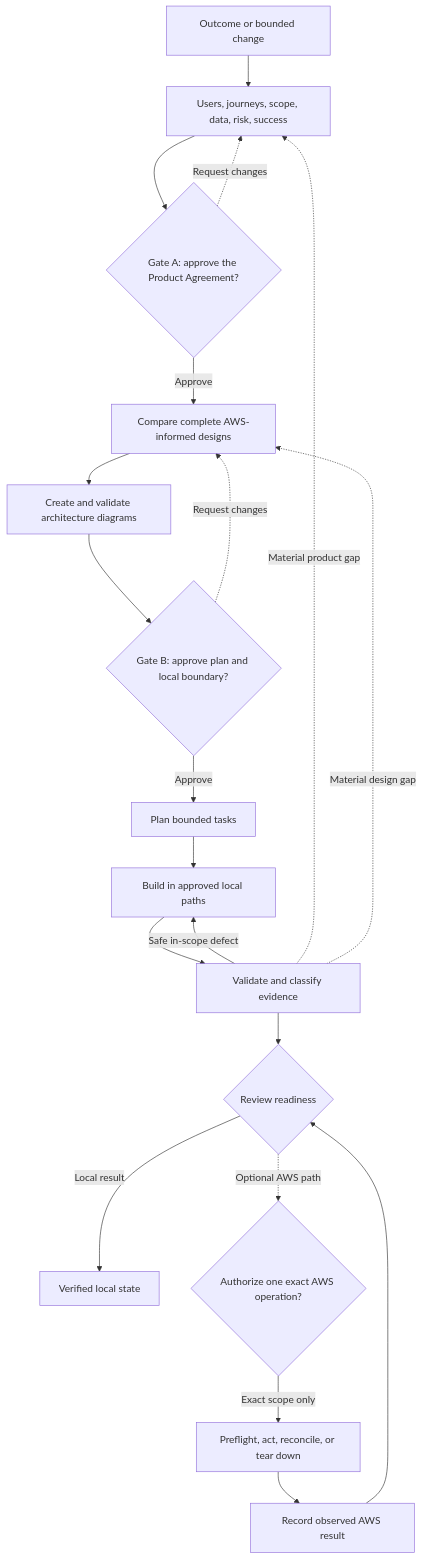
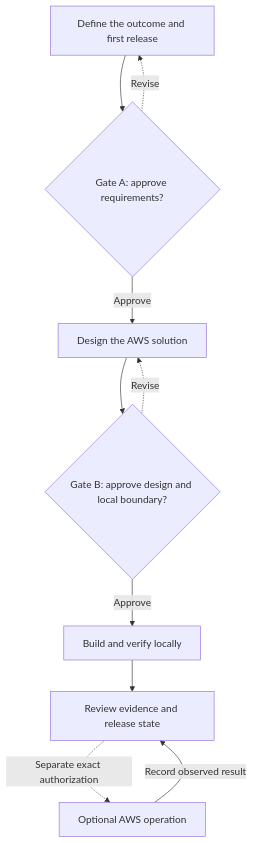
The diagram in README.md (Levi-Breedlove/codex-aws-aidlc), drawn with Mermaid before and after one commit. The commit also changed other lines of this file and 9 other files, not shown here.

Commit message:
docs: make Fastlane README product-first for 1.3.4 (#123)

````diff
--- a/README.md
+++ b/README.md
@@ -35,18 +42,23 @@
 ```mermaid
 flowchart TB
-    accTitle: Fastlane customer delivery lifecycle
-    accDescr: The owner approves product and technical boundaries. Fastlane defines, diagrams, plans, builds, and verifies locally; corrections return to the affected stage, while separately authorized AWS results return to release review.
-    IDEA["Outcome or bounded change"]; DEFINE["Users, journeys, scope, data, risk, success"]
-    GATEA{"Gate A: approve the Product Agreement?"}; DESIGN["Compare complete AWS-informed designs"]
-    DIAGRAMS["Create and validate architecture diagrams"]; GATEB{"Gate B: approve plan and local boundary?"}
-    TASKS["Plan bounded tasks"]; BUILD["Build in approved local paths"]
-    VERIFY["Validate and classify evidence"]; RELEASE{"Review readiness"}
-    LOCAL["Verified local state"]; AWSAUTH{"Authorize one exact AWS operation?"}
-    AWSOPS["Preflight, act, reconcile, or tear down"]; AWSRESULT["Record observed AWS result"]
-    IDEA --> DEFINE --> GATEA; GATEA -->|"Approve"| DESIGN --> DIAGRAMS --> GATEB
-    GATEA -. "Request changes" .-> DEFINE; GATEB -->|"Approve"| TASKS
-    GATEB -. "Request changes" .-> DESIGN; TASKS --> BUILD --> VERIFY --> RELEASE
-    VERIFY -->|"Safe in-scope defect"| BUILD; VERIFY -. "Material product gap" .-> DEFINE
-    VERIFY -. "Material design gap" .-> DESIGN; RELEASE -->|"Local result"| LOCAL
-    RELEASE -. "Optional AWS path" .-> AWSAUTH; AWSAUTH -->|"Exact scope only"| AWSOPS --> AWSRESULT --> RELEASE
+    accTitle: AWS Codex Fastlane product lifecycle
+    accDescr: The owner approves requirements at Gate A and the technical plan and local construction boundary at Gate B. Fastlane then builds and verifies locally. An optional AWS operation requires separate exact owner authorization, and its observed result returns to release review.
+
+    DEFINE["Define the outcome and first release"]
+    GATEA{"Gate A: approve requirements?"}
+    DESIGN["Design the AWS solution"]
+    GATEB{"Gate B: approve design and local boundary?"}
+    LOCAL["Build and verify locally"]
+    REVIEW["Review evidence and release state"]
+    AWS["Optional AWS operation"]
+
+    DEFINE --> GATEA
+    GATEA -->|"Approve"| DESIGN
+    GATEA -. "Revise" .-> DEFINE
+    DESIGN --> GATEB
+    GATEB -->|"Approve"| LOCAL
+    GATEB -. "Revise" .-> DESIGN
+    LOCAL --> REVIEW
+    REVIEW -. "Separate exact authorization" .-> AWS
+    AWS -->|"Record observed result"| REVIEW
 ```
````
